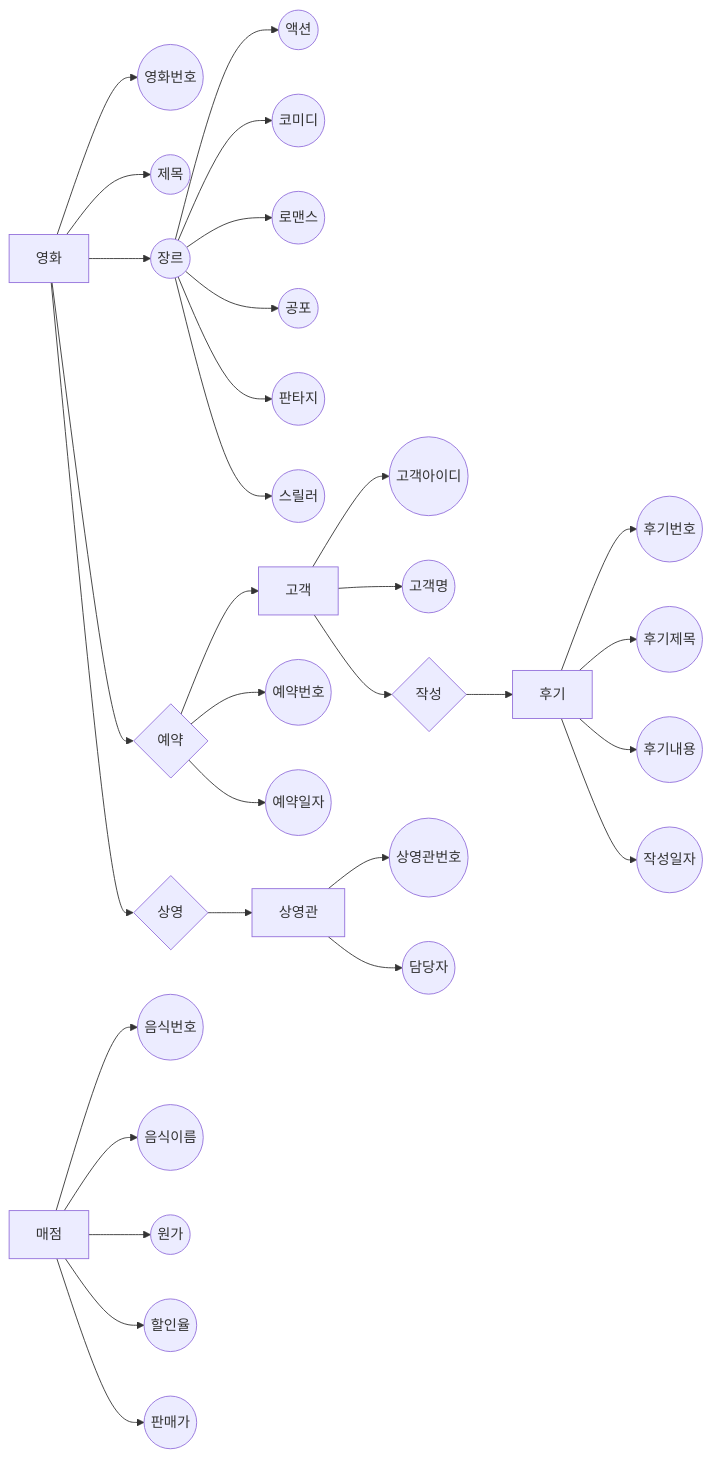
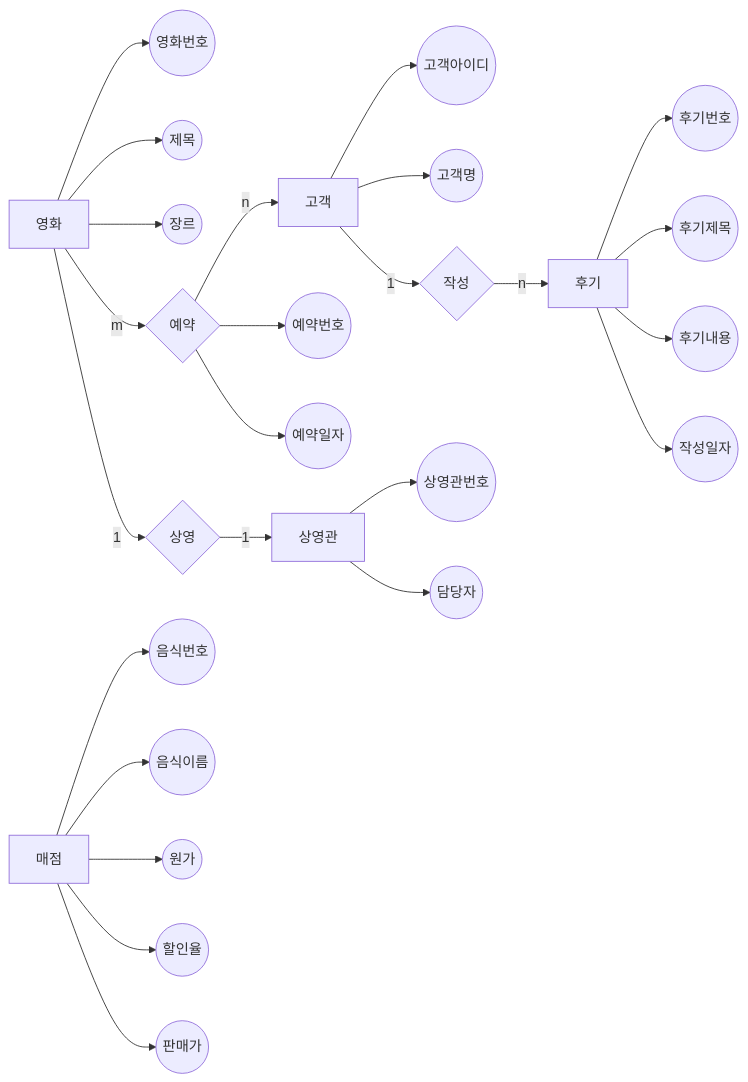
The diagram in README.md (ydj1215/2022DataBaseProject), drawn with Mermaid before and after one commit. The commit also changed other lines of this file, not shown here.

````diff
--- a/README.md
+++ b/README.md
@@ -30,39 +29,33 @@
 ```mermaid
 graph LR
 A[영화]
    A --> B((영화번호))
    A --> C((제목))
    A --> D((장르))
-   D --> f((액션))
-   D --> g((코미디))
-   D --> h((로맨스))
-   D --> i((공포))
-   D --> j((판타지))
-   D --> k((스릴러))
 E[고객]
    E --> F((고객아이디))
    E --> G((고객명))
 H[상영관]
    H --> I((상영관번호))
    H --> J((담당자))
 K[후기]
    K --> Q((후기번호))
    K --> R((후기제목))
    K --> S((후기내용))
    K --> T((작성일자))
 U[매점]
    U --> V((음식번호))
    U --> W((음식이름))
    U --> X((원가))
    U --> Y((할인율))
    U --> Z((판매가))
- A --> a{예약}
- a --> E
+ A --> |m|a{예약}
+ a --> |n|E
  a --> b((예약번호))
  a --> c((예약일자))
- A --> d{상영}
- d --> H
- E --> e{작성}
- e --> K
+ A --> |1|d{상영}
+ d --> |1|H
+ E --> |1|e{작성}
+ e --> |n|K
 
 ```
````
